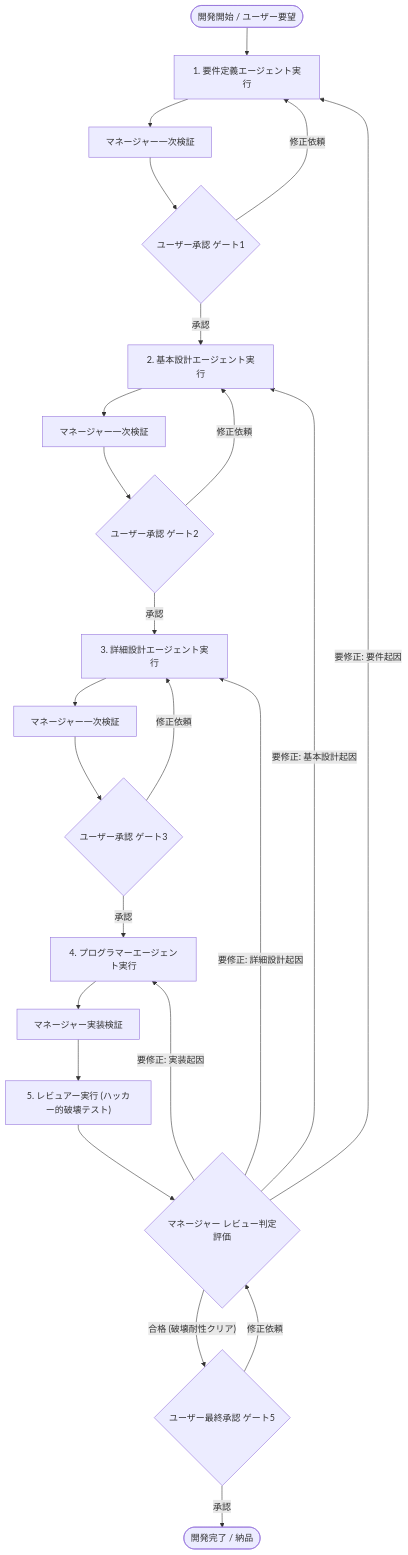
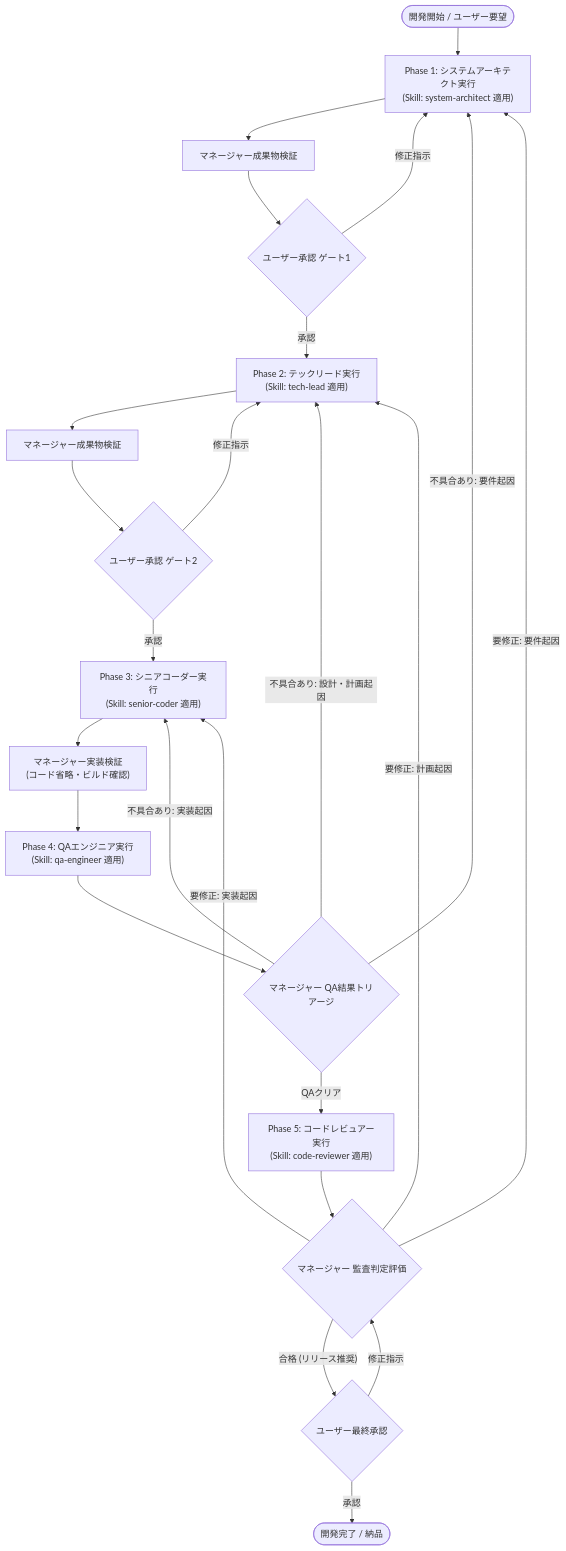
Before and after one commit to nankojin-ops/MusicInfo-app: the diagram in AGENT_WORKFLOW.md, drawn with Mermaid. The commit also changed other lines of this file and 15 other files, not shown here.

````diff
--- a/AGENT_WORKFLOW.md
+++ b/AGENT_WORKFLOW.md
@@ -22,31 +23,31 @@
 ```mermaid
 flowchart TD
-    Start([開発開始 / ユーザー要望]) --> Step1["1. 要件定義エージェント実行"]
-    Step1 --> MgrCheck1["マネージャー一次検証"]
+    Start([開発開始 / ユーザー要望]) --> Step1["Phase 1: システムアーキテクト実行\n(Skill: system-architect 適用)"]
+    Step1 --> MgrCheck1["マネージャー成果物検証"]
     MgrCheck1 --> Gate1{"ユーザー承認 ゲート1"}
-    Gate1 -- "修正依頼" --> Step1
-    Gate1 -- "承認" --> Step2["2. 基本設計エージェント実行"]
+    Gate1 -- "修正指示" --> Step1
+    Gate1 -- "承認" --> Step2["Phase 2: テックリード実行\n(Skill: tech-lead 適用)"]
 
-    Step2 --> MgrCheck2["マネージャー一次検証"]
+    Step2 --> MgrCheck2["マネージャー成果物検証"]
     MgrCheck2 --> Gate2{"ユーザー承認 ゲート2"}
-    Gate2 -- "修正依頼" --> Step2
-    Gate2 -- "承認" --> Step3["3. 詳細設計エージェント実行"]
+    Gate2 -- "修正指示" --> Step2
+    Gate2 -- "承認" --> Step3["Phase 3: シニアコーダー実行\n(Skill: senior-coder 適用)"]
 
-    Step3 --> MgrCheck3["マネージャー一次検証"]
-    MgrCheck3 --> Gate3{"ユーザー承認 ゲート3"}
-    Gate3 -- "修正依頼" --> Step3
-    Gate3 -- "承認" --> Step4["4. プログラマーエージェント実行"]
+    Step3 --> MgrCheck3["マネージャー実装検証\n(コード省略・ビルド確認)"]
+    MgrCheck3 --> Step4["Phase 4: QAエンジニア実行\n(Skill: qa-engineer 適用)"]
 
-    Step4 --> MgrCheck4["マネージャー実装検証"]
-    MgrCheck4 --> Step5["5. レビュアー実行 (ハッカー的破壊テスト)"]
+    Step4 --> MgrTriageQA{"マネージャー QA結果トリアージ"}
+    MgrTriageQA -- "不具合あり: 実装起因" --> Step3
+    MgrTriageQA -- "不具合あり: 設計・計画起因" --> Step2
+    MgrTriageQA -- "不具合あり: 要件起因" --> Step1
+    MgrTriageQA -- "QAクリア" --> Step5["Phase 5: コードレビュアー実行\n(Skill: code-reviewer 適用)"]
 
-    Step5 --> MgrTriage{"マネージャー レビュー判定評価"}
-    MgrTriage -- "要修正: 要件起因" --> Step1
-    MgrTriage -- "要修正: 基本設計起因" --> Step2
-    MgrTriage -- "要修正: 詳細設計起因" --> Step3
-    MgrTriage -- "要修正: 実装起因" --> Step4
-    MgrTriage -- "合格 (破壊耐性クリア)" --> Gate5{"ユーザー最終承認 ゲート5"}
+    Step5 --> MgrTriageAudit{"マネージャー 監査判定評価"}
+    MgrTriageAudit -- "要修正: 要件起因" --> Step1
+    MgrTriageAudit -- "要修正: 計画起因" --> Step2
+    MgrTriageAudit -- "要修正: 実装起因" --> Step3
+    MgrTriageAudit -- "合格 (リリース推奨)" --> GateFinal{"ユーザー最終承認"}
 
-    Gate5 -- "修正依頼" --> MgrTriage
-    Gate5 -- "承認" --> End([開発完了 / 納品])
+    GateFinal -- "修正指示" --> MgrTriageAudit
+    GateFinal -- "承認" --> End([開発完了 / 納品])
 ```
````
